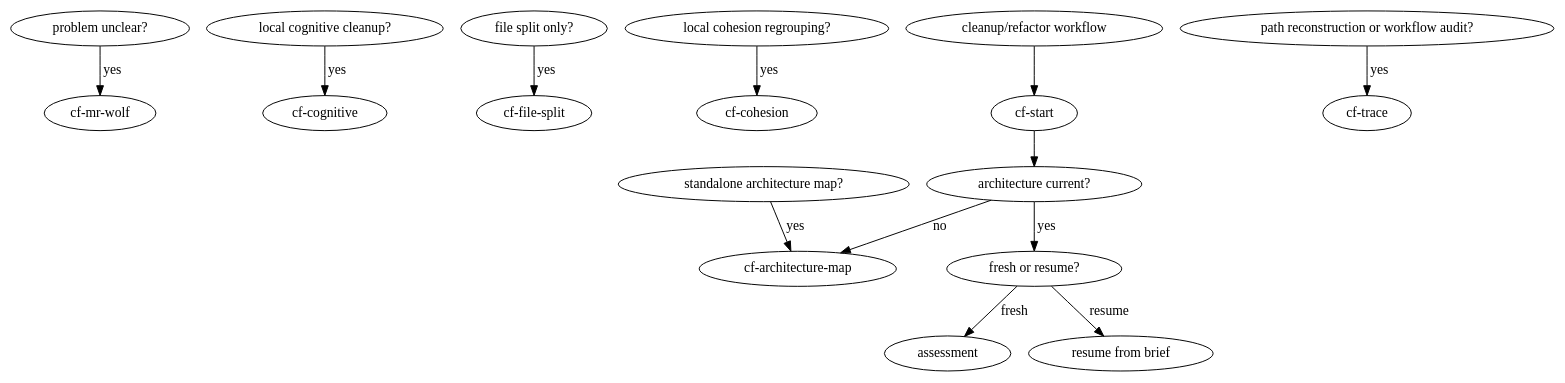
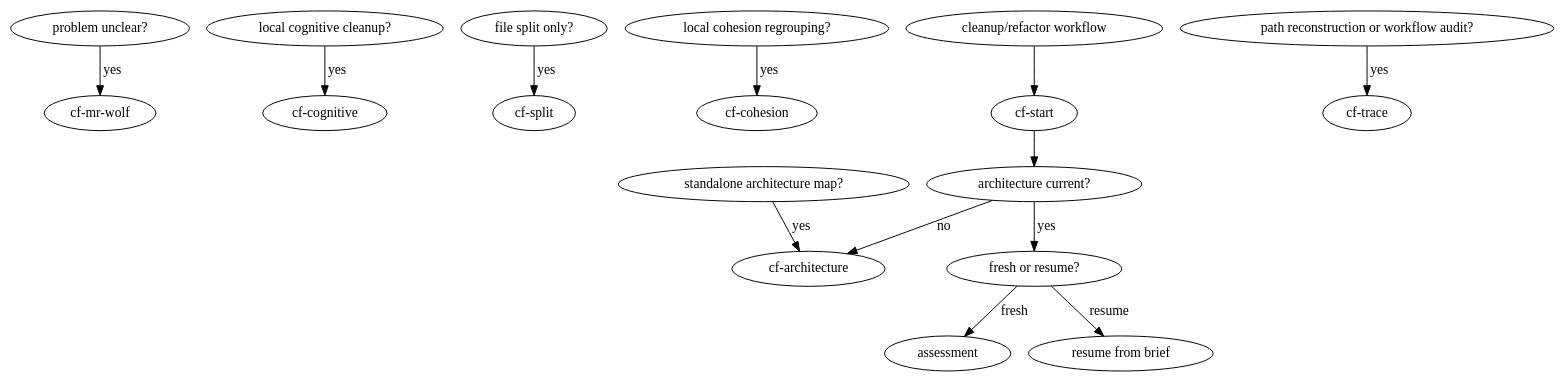
One commit to gualask/clean-flow changed the first of 2 diagrams in skills/cf-start/SKILL.md. Above: the diagram before and after it, drawn with Graphviz. The commit also changed other lines of this file and 35 other files, not shown here.

````diff
--- a/skills/cf-start/SKILL.md
+++ b/skills/cf-start/SKILL.md
@@ -22,17 +22,17 @@
 ```dot
 digraph cflow_entry {
   "problem unclear?" -> "cf-mr-wolf" [label="yes"];
   "local cognitive cleanup?" -> "cf-cognitive" [label="yes"];
-  "file split only?" -> "cf-file-split" [label="yes"];
+  "file split only?" -> "cf-split" [label="yes"];
   "local cohesion regrouping?" -> "cf-cohesion" [label="yes"];
-  "standalone architecture map?" -> "cf-architecture-map" [label="yes"];
+  "standalone architecture map?" -> "cf-architecture" [label="yes"];
   "path reconstruction or workflow audit?" -> "cf-trace" [label="yes"];
   "cleanup/refactor workflow" -> "cf-start";
 
   "cf-start" -> "architecture current?";
-  "architecture current?" -> "cf-architecture-map" [label="no"];
+  "architecture current?" -> "cf-architecture" [label="no"];
   "architecture current?" -> "fresh or resume?" [label="yes"];
   "fresh or resume?" -> "assessment" [label="fresh"];
   "fresh or resume?" -> "resume from brief" [label="resume"];
 }
 ```
````
